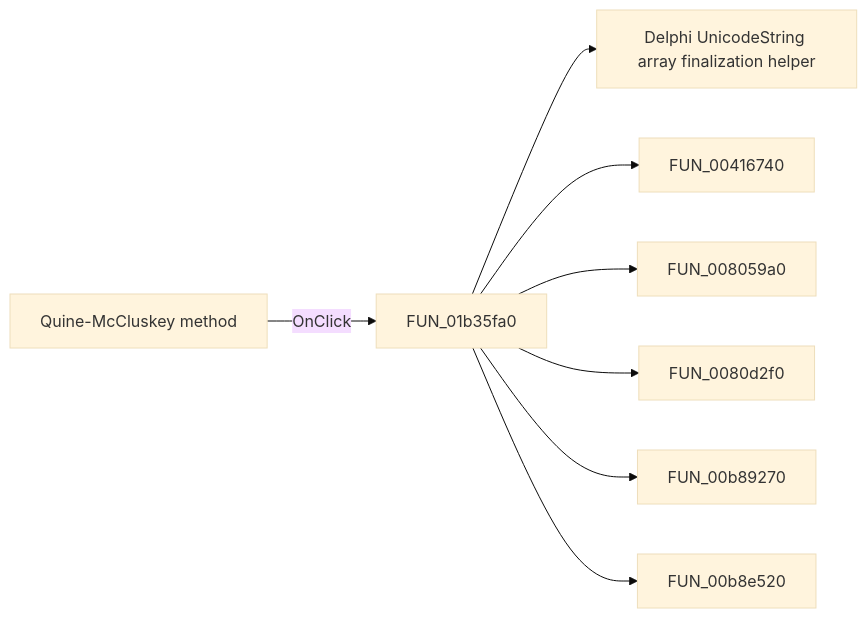
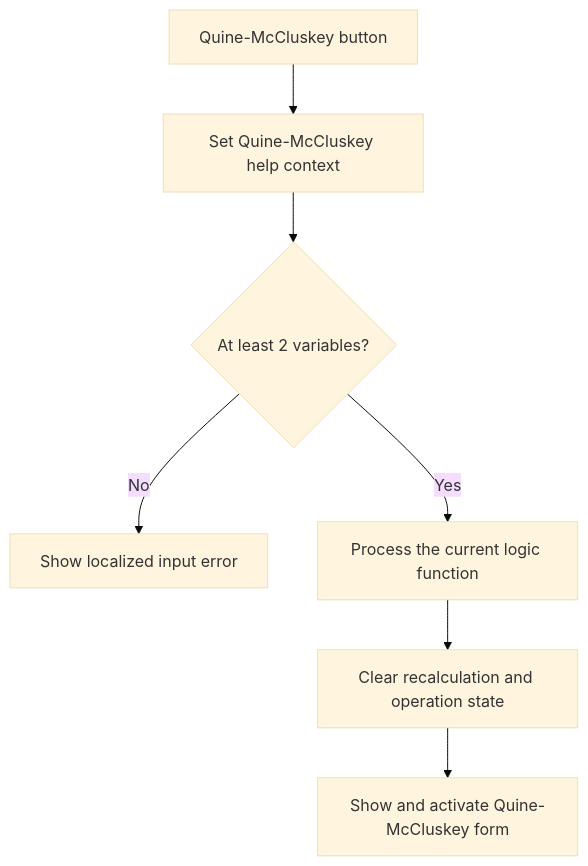
The diagram in docs/ui-controls/introduction-form/qm-m-245d1ced0d.md (MovGP0/TIARA), drawn with Mermaid (base theme) before and after one commit. The commit also changed other lines of this file and 387 other files, not shown here.

````diff
--- a/docs/ui-controls/introduction-form/qm-m-245d1ced0d.md
+++ b/docs/ui-controls/introduction-form/qm-m-245d1ced0d.md
@@ -27,10 +27,9 @@
 ```mermaid
-flowchart LR
-    control["Quine-McCluskey method"] -->|OnClick| handler["FUN_01b35fa0"]
-    handler --> call1["Delphi UnicodeString array finalization helper"]
-    handler --> call2["FUN_00416740"]
-    handler --> call3["FUN_008059a0"]
-    handler --> call4["FUN_0080d2f0"]
-    handler --> call5["FUN_00b89270"]
-    handler --> call6["FUN_00b8e520"]
+flowchart TD
+    control["Quine-McCluskey button"] --> context["Set Quine-McCluskey help context"]
+    context --> count{"At least 2 variables?"}
+    count -->|No| error["Show localized input error"]
+    count -->|Yes| calculate["Process the current logic function"]
+    calculate --> clean["Clear recalculation and operation state"]
+    clean --> show["Show and activate Quine-McCluskey form"]
 ```
````
